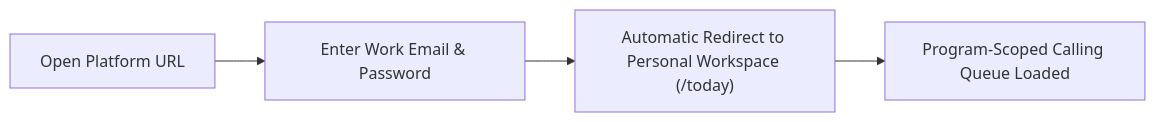
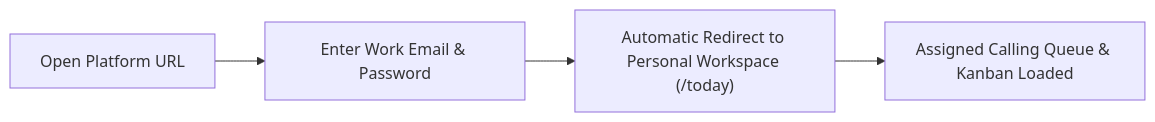
Before and after one commit to maaz7886/aivalytics-leados: the first of 3 diagrams in docs/SALESPERSON_USER_GUIDE.md, drawn with Mermaid. The commit also changed other lines of this file, not shown here.

Commit message:
docs: update salesperson user guide with Kanban Pipeline and remove admin references

````diff
--- a/docs/SALESPERSON_USER_GUIDE.md
+++ b/docs/SALESPERSON_USER_GUIDE.md
@@ -14,6 +14,6 @@
 ```mermaid
 flowchart LR
     A["Open Platform URL"] --> B["Enter Work Email & Password"]
     B --> C["Automatic Redirect to Personal Workspace (/today)"]
-    C --> D["Program-Scoped Calling Queue Loaded"]
+    C --> D["Assigned Calling Queue & Kanban Loaded"]
 ```
````
